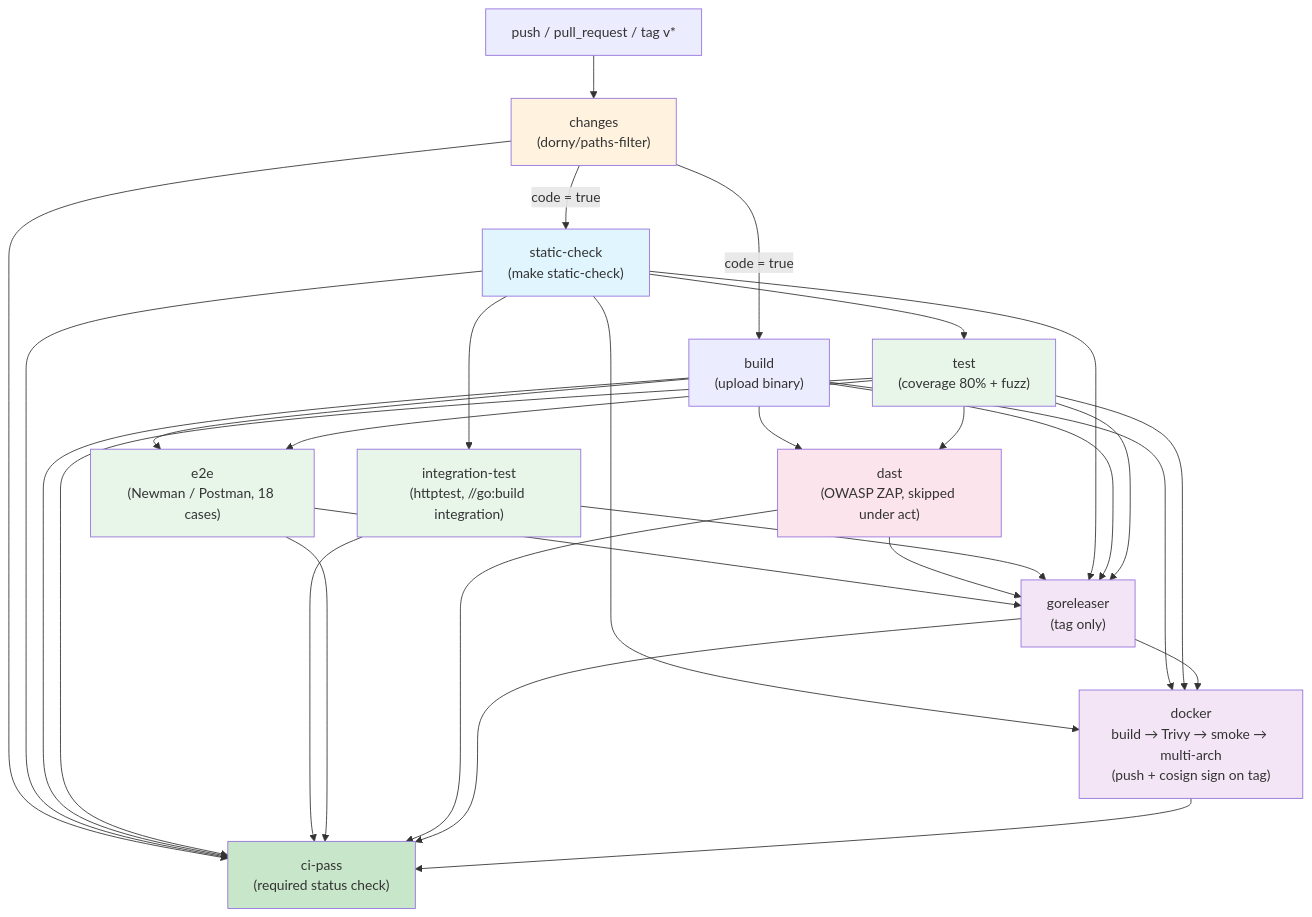
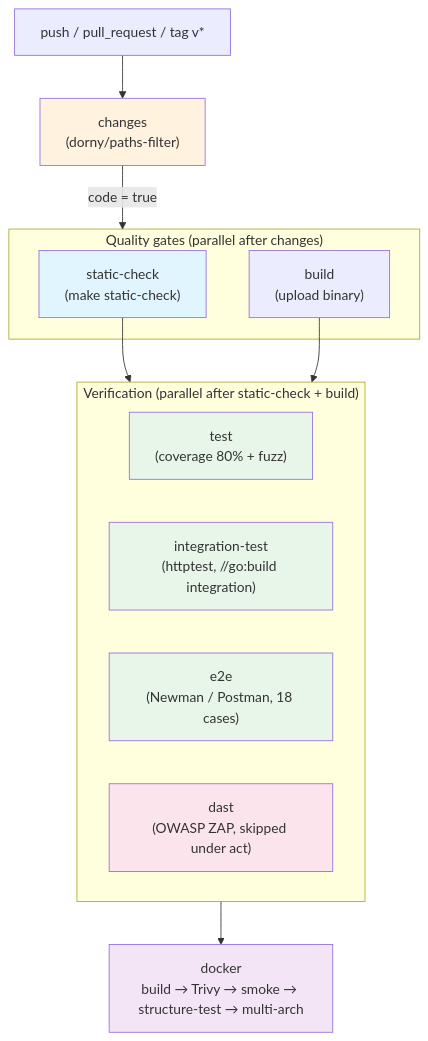
One commit to AndriyKalashnykov/flight-path changed the fourth of 5 diagrams in docs/ARCHITECTURE.md. Above: the diagram before and after it, drawn with Mermaid. The commit also changed other lines of this file and 11 other files, not shown here.

First line of the commit message:
chore: project-review pass — Makefile/CI polish, Claude CI security hardening, nightly fuzz (#232)

````diff
--- a/docs/ARCHITECTURE.md
+++ b/docs/ARCHITECTURE.md
@@ -101,50 +109,31 @@
 ```mermaid
 flowchart TD
     trigger["push / pull_request / tag v*"] --> changes["changes<br/>(dorny/paths-filter)"]
 
-    changes -->|code = true| static["static-check<br/>(make static-check)"]
-    changes -->|code = true| build["build<br/>(upload binary)"]
+    changes -->|code = true| gates
 
-    static --> test["test<br/>(coverage 80% + fuzz)"]
-    static --> integ["integration-test<br/>(httptest, //go:build integration)"]
+    subgraph gates["Quality gates (parallel after changes)"]
+        static["static-check<br/>(make static-check)"]
+        build["build<br/>(upload binary)"]
+    end
 
-    build --> e2e["e2e<br/>(Newman / Postman, 18 cases)"]
-    test --> e2e
-    build --> dast["dast<br/>(OWASP ZAP, skipped under act)"]
-    test --> dast
+    subgraph verify["Verification (parallel after static-check + build)"]
+        test["test<br/>(coverage 80% + fuzz)"]
+        integ["integration-test<br/>(httptest, //go:build integration)"]
+        e2e["e2e<br/>(Newman / Postman, 18 cases)"]
+        dast["dast<br/>(OWASP ZAP, skipped under act)"]
+    end
 
-    static --> docker
-    build --> docker
-    test --> docker
+    static --> verify
+    build --> verify
 
-    docker["docker<br/>build → Trivy → smoke → multi-arch<br/>(push + cosign sign on tag)"]
-
-    e2e --> goreleaser
-    dast --> goreleaser
-    integ --> goreleaser
-    static --> goreleaser
-    build --> goreleaser
-    test --> goreleaser
-    goreleaser["goreleaser<br/>(tag only)"] --> docker
-
-    changes --> pass
-    static --> pass
-    build --> pass
-    test --> pass
-    integ --> pass
-    e2e --> pass
-    dast --> pass
-    goreleaser --> pass
-    docker --> pass
-    pass["ci-pass<br/>(required status check)"]
+    verify --> docker["docker<br/>build → Trivy → smoke → structure-test → multi-arch"]
 
     style changes fill:#fff3e0
     style static fill:#e1f5fe
     style test fill:#e8f5e9
     style integ fill:#e8f5e9
     style e2e fill:#e8f5e9
     style dast fill:#fce4ec
     style docker fill:#f3e5f5
-    style goreleaser fill:#f3e5f5
-    style pass fill:#c8e6c9
 ```
````
